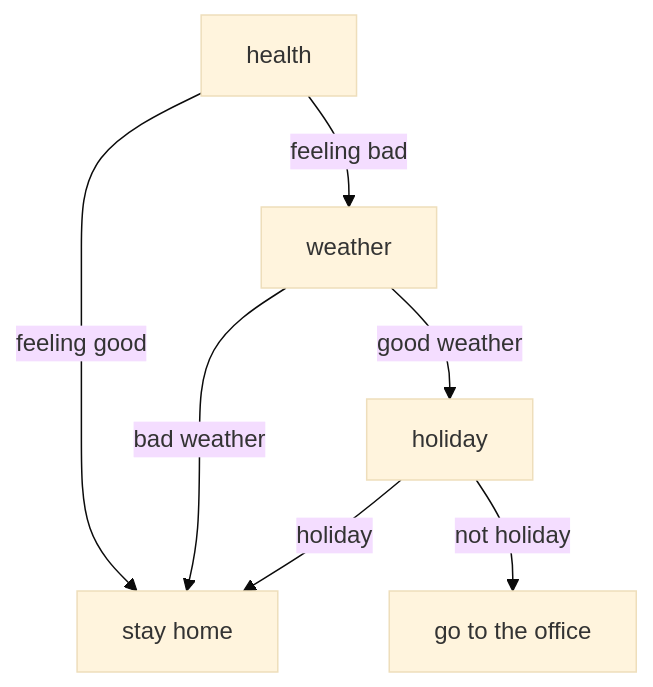
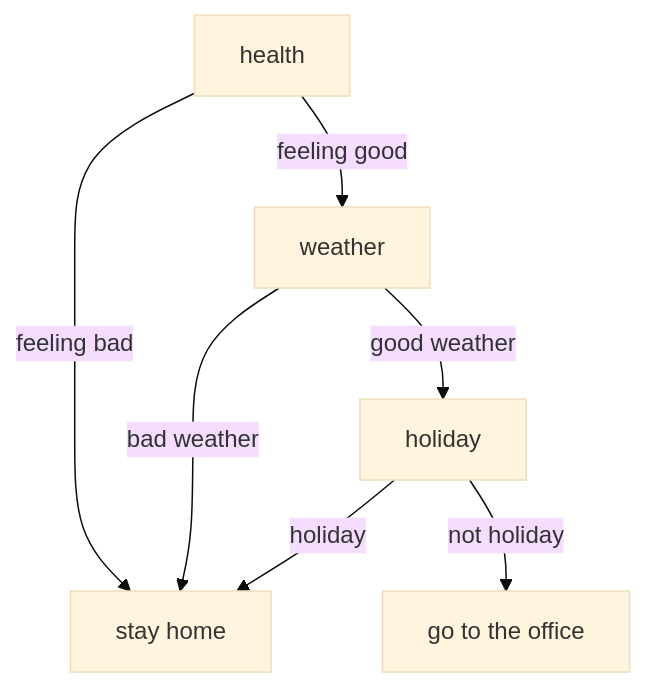
Before and after one commit to datumorphism/datumorphism.github.io: the diagram in _wiki/machine-learning/tree-based/decision-tree.md, drawn with Mermaid (base theme). The commit also changed other lines of this file and 6 other files, not shown here.

```diff
--- a/_wiki/machine-learning/tree-based/decision-tree.md
+++ b/_wiki/machine-learning/tree-based/decision-tree.md
@@ -36,10 +44,10 @@
 <div class="mermaid">
 graph TD
-	A[health] --> |feeling good| E[stay home]
-  A[health] --> |feeling bad| B[weather]
+	A[health] --> |feeling bad| E[stay home]
+  A[health] --> |feeling good| B[weather]
   B --> |bad weather| E
   B --> |good weather| C[holiday]
   C --> |holiday| E
   C --> |not holiday| G[go to the office]
 
 </div>
```
